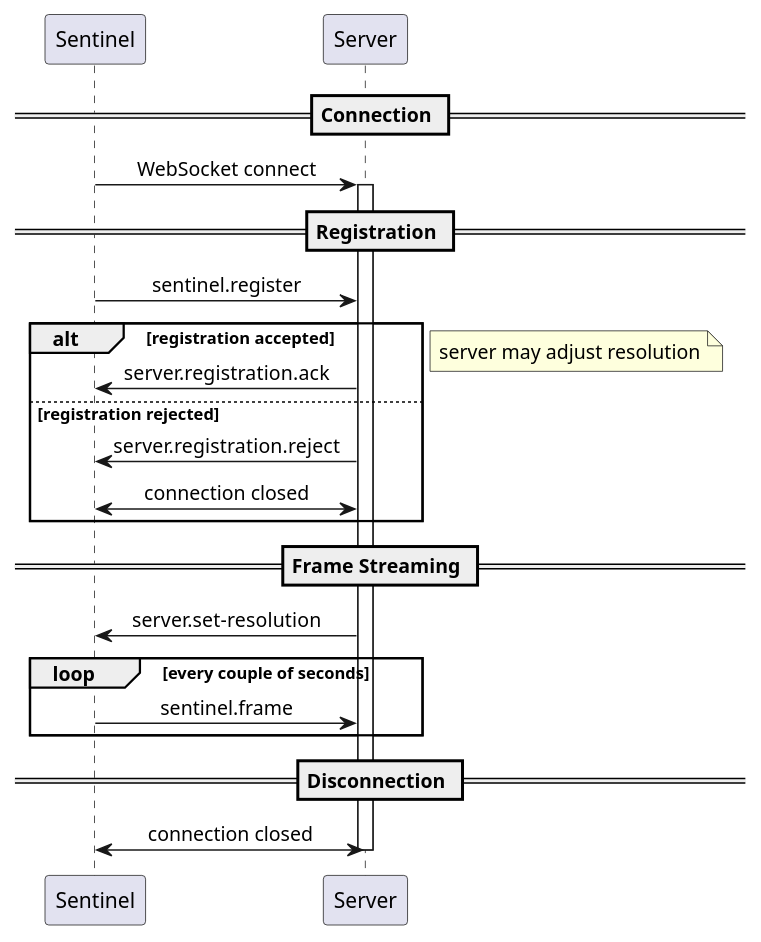
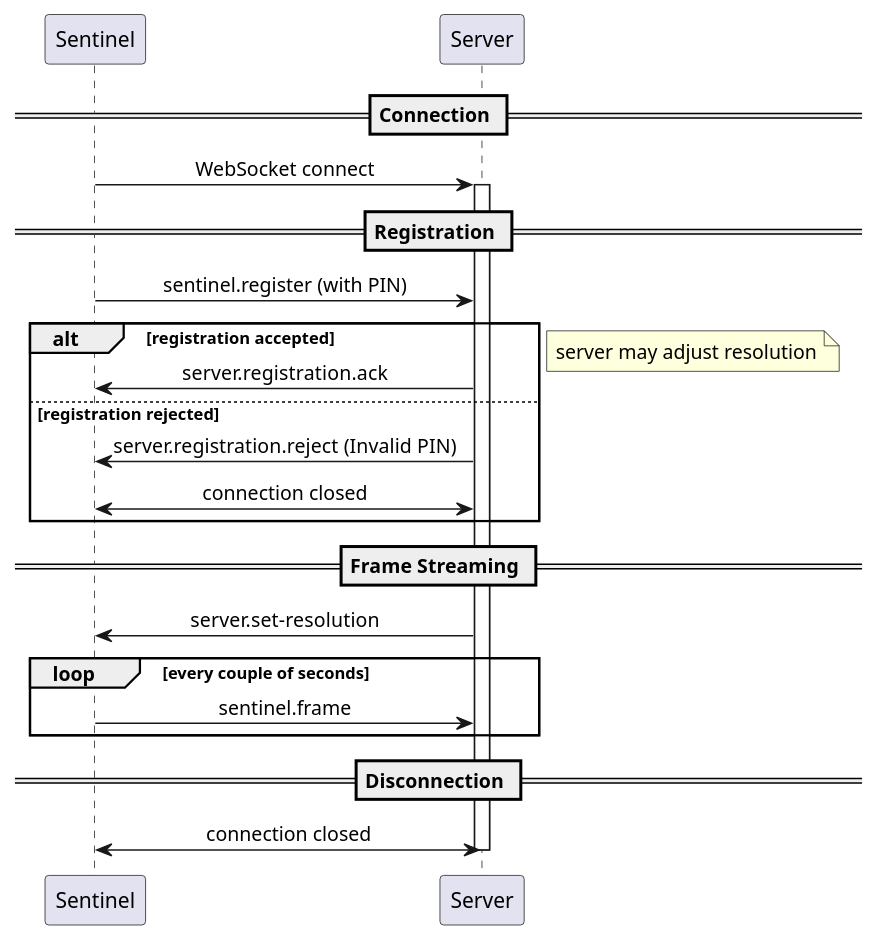
One commit to 2526-4ahitm-itp/2526-4ahitm-franklyn changed the first of 2 diagrams in hugo/content/docs/reference/websocket-comm/lifecycle.md. Above: the diagram before and after it, drawn with PlantUML. The commit also changed other lines of this file and 2 other files, not shown here.

````diff
--- a/hugo/content/docs/reference/websocket-comm/lifecycle.md
+++ b/hugo/content/docs/reference/websocket-comm/lifecycle.md
@@ -26,33 +27,33 @@
 ```plantuml
 @startuml
 skinparam sequenceMessageAlign center
 
 participant "Sentinel" as S
 participant "Server" as Srv
 
 == Connection ==
 S -> Srv : WebSocket connect
 activate Srv
 
 == Registration ==
-S -> Srv : sentinel.register
+S -> Srv : sentinel.register (with PIN)
 alt registration accepted
   Srv -> S : server.registration.ack
 else registration rejected
-  Srv -> S : server.registration.reject
+  Srv -> S : server.registration.reject (Invalid PIN)
   S <-> Srv : connection closed
 end
 
 == Frame Streaming ==
 note right : server may adjust resolution
 Srv -> S : server.set-resolution
 loop every couple of seconds
   S -> Srv : sentinel.frame
 end
 
 == Disconnection ==
 S <-> Srv : connection closed
 deactivate Srv
 
 @enduml
 ```
````
